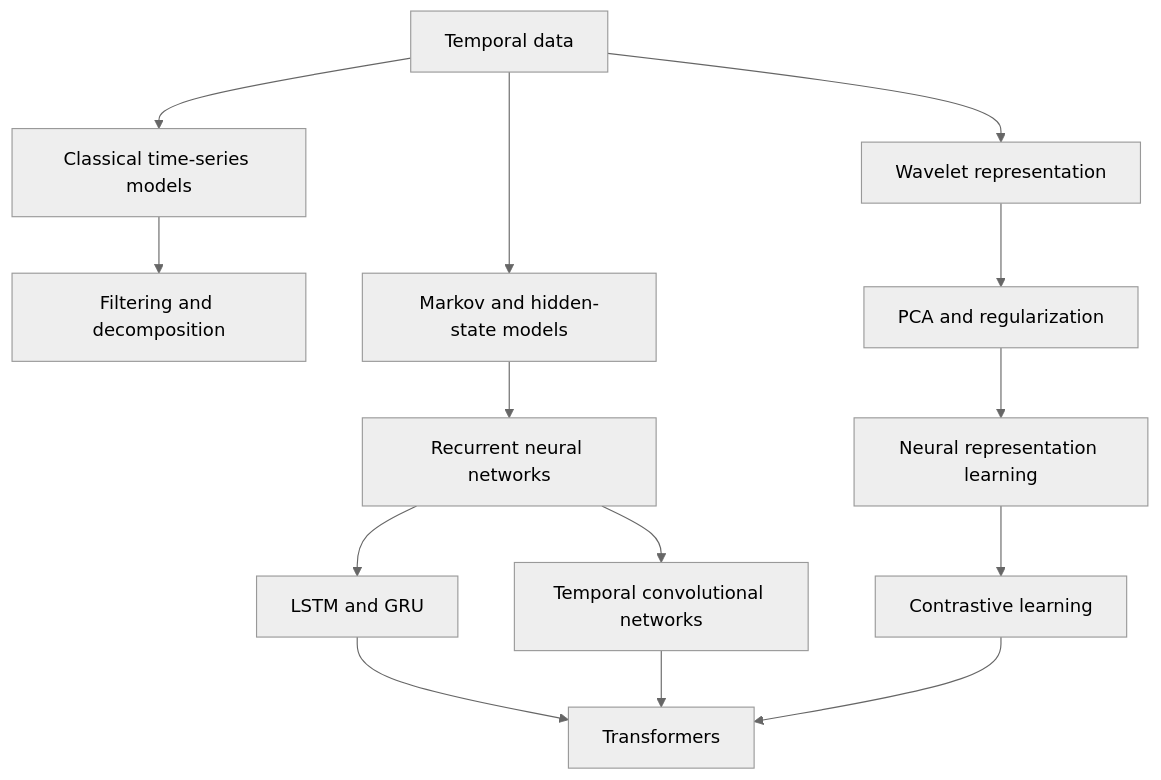
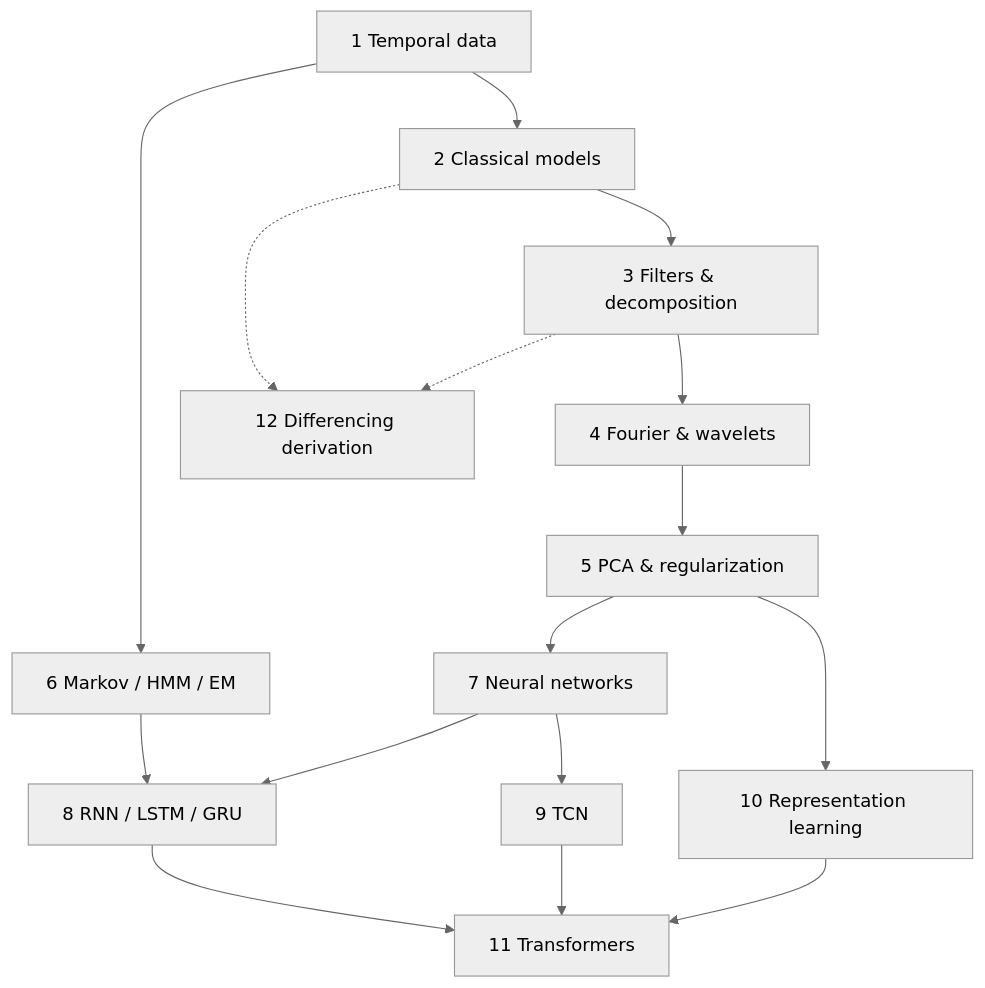
One commit to hhsieh14/AI-courses-notes-reader changed the diagram in courses/modern-temporal-learning/course_map.md. Above: the diagram before and after it, drawn with Mermaid (neutral theme). The commit also changed other lines of this file and 20 other files, not shown here.

First line of the commit message:
Rewrite Modern Temporal Learning chapters and reference pages as reading material

````diff
--- a/courses/modern-temporal-learning/course_map.md
+++ b/courses/modern-temporal-learning/course_map.md
@@ -20,16 +22,18 @@
 ```mermaid
 flowchart TD
-    A[Temporal data] --> B[Classical time-series models]
-    B --> C[Filtering and decomposition]
-    A --> D[Wavelet representation]
-    D --> E[PCA and regularization]
-    A --> F[Markov and hidden-state models]
-    E --> G[Neural representation learning]
-    F --> H[Recurrent neural networks]
-    H --> I[LSTM and GRU]
-    H --> J[Temporal convolutional networks]
-    G --> K[Contrastive learning]
-    I --> L[Transformers]
-    J --> L
-    K --> L
+    A[1 Temporal data] --> B[2 Classical models]
+    B --> C[3 Filters & decomposition]
+    C --> D[4 Fourier & wavelets]
+    D --> E[5 PCA & regularization]
+    A --> F[6 Markov / HMM / EM]
+    E --> G[7 Neural networks]
+    F --> H[8 RNN / LSTM / GRU]
+    G --> H
+    G --> I[9 TCN]
+    E --> J[10 Representation learning]
+    H --> K[11 Transformers]
+    I --> K
+    J --> K
+    B -.-> L[12 Differencing derivation]
+    C -.-> L
 ```
````
